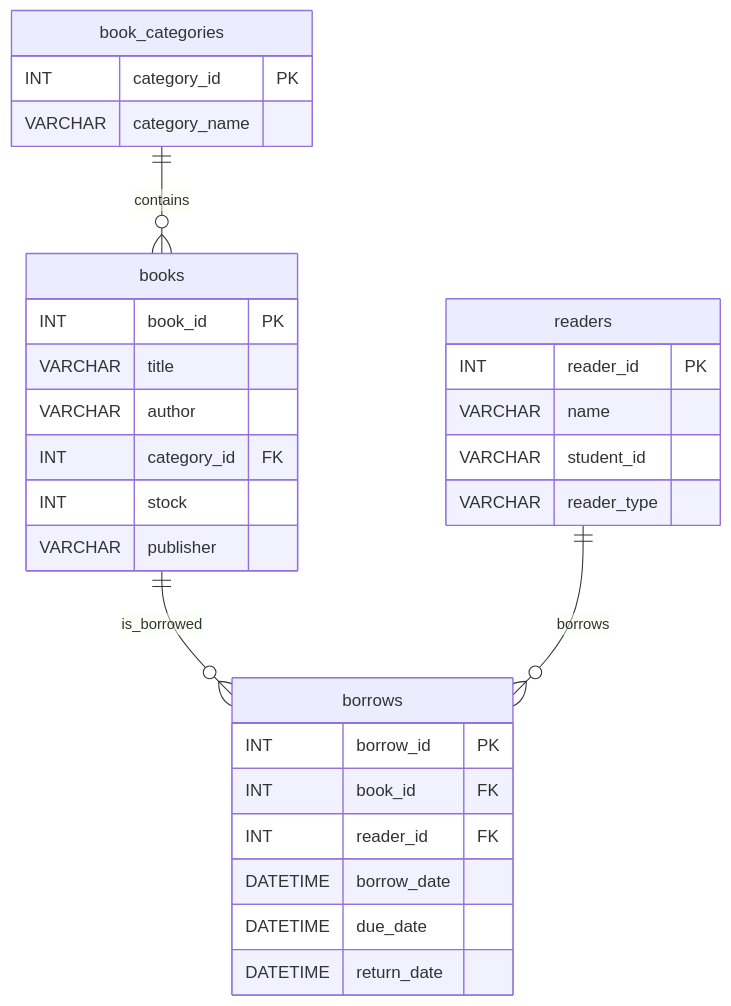
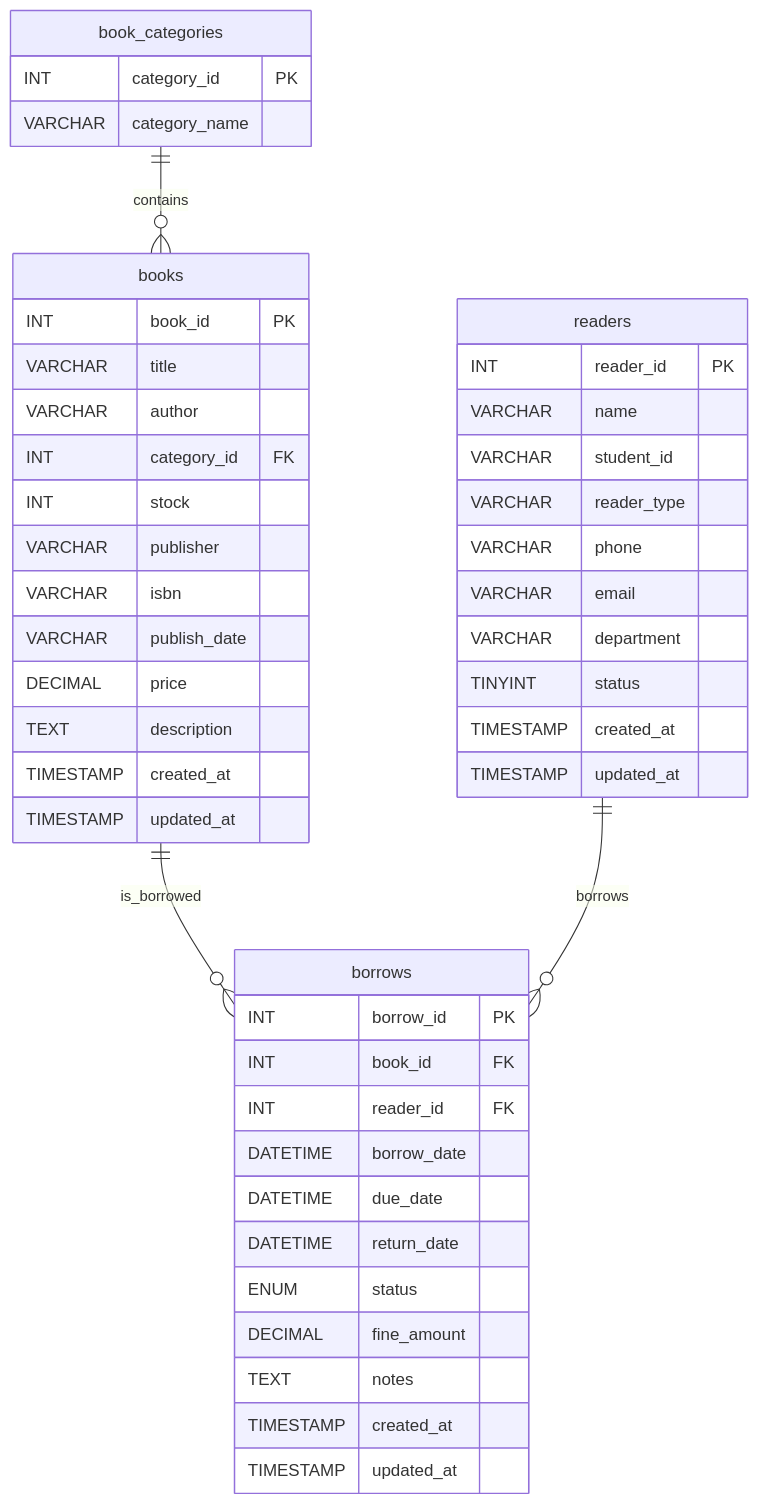
The diagram in docs/p0-requirements-list.md (Lin-air0/BooksManagementSystem), drawn with Mermaid before and after one commit. The commit also changed other lines of this file and 46 other files, not shown here.

````diff
--- a/docs/p0-requirements-list.md
+++ b/docs/p0-requirements-list.md
@@ -109,36 +109,53 @@
 ```mermaid
 erDiagram
     book_categories ||--o{ books : contains
     books ||--o{ borrows : is_borrowed
     readers ||--o{ borrows : borrows
 
     book_categories {
         INT category_id PK
         VARCHAR category_name
     }
 
     books {
         INT book_id PK
         VARCHAR title
         VARCHAR author
         INT category_id FK
         INT stock
         VARCHAR publisher
+        VARCHAR isbn
+        VARCHAR publish_date
+        DECIMAL price
+        TEXT description
+        TIMESTAMP created_at
+        TIMESTAMP updated_at
     }
 
     readers {
         INT reader_id PK
         VARCHAR name
         VARCHAR student_id
         VARCHAR reader_type
+        VARCHAR phone
+        VARCHAR email
+        VARCHAR department
+        TINYINT status
+        TIMESTAMP created_at
+        TIMESTAMP updated_at
     }
 
     borrows {
         INT borrow_id PK
         INT book_id FK
         INT reader_id FK
         DATETIME borrow_date
         DATETIME due_date
         DATETIME return_date
+        ENUM status
+        DECIMAL fine_amount
+        TEXT notes
+        TIMESTAMP created_at
+        TIMESTAMP updated_at
     }
 ```
````
